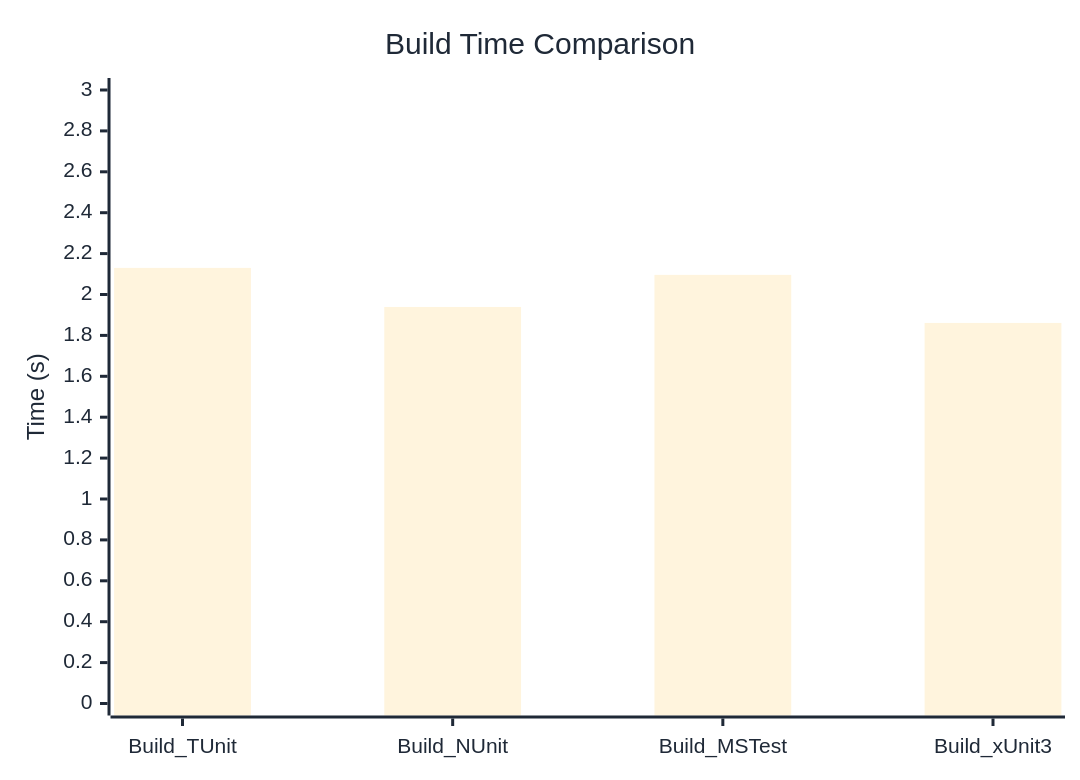
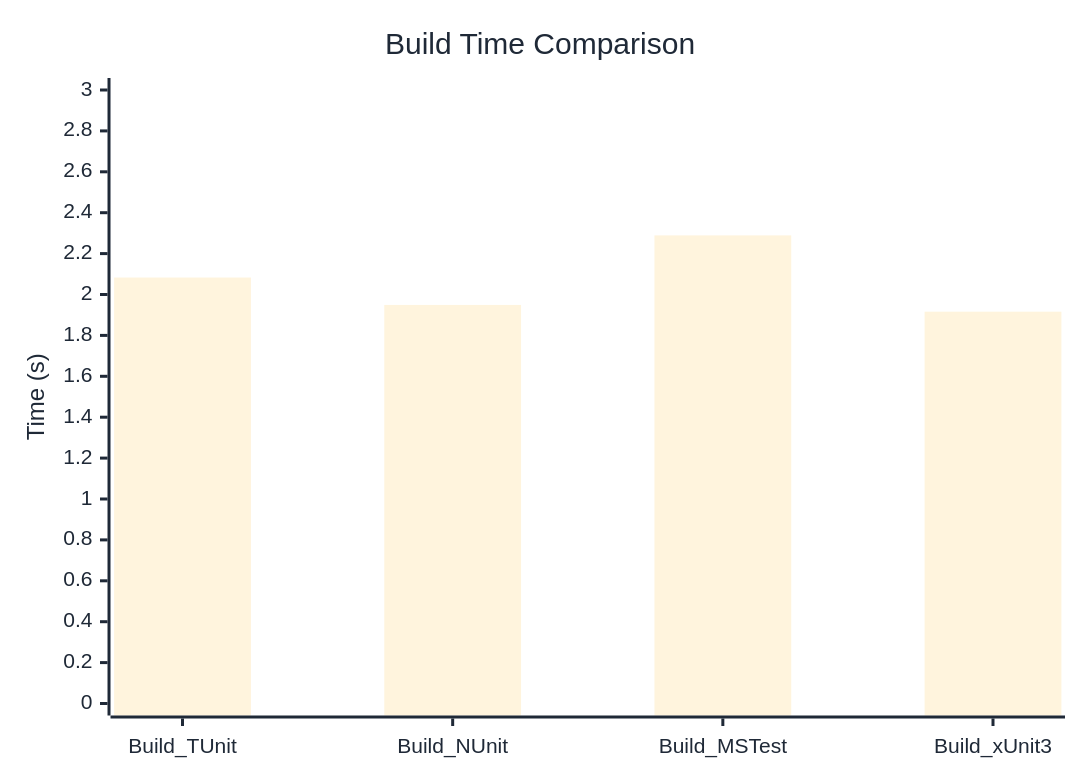
The diagram in docs/docs/benchmarks/engine/BuildTime.md (thomhurst/TUnit), drawn with Mermaid before and after one commit. The commit also changed other lines of this file and 18 other files, not shown here.

````diff
--- a/docs/docs/benchmarks/engine/BuildTime.md
+++ b/docs/docs/benchmarks/engine/BuildTime.md
@@ -30,37 +30,37 @@
 ```mermaid
 %%{init: {
   'theme':'base',
   'themeVariables': {
     'primaryColor': '#2563eb',
     'primaryTextColor': '#1f2937',
     'primaryBorderColor': '#1e40af',
     'lineColor': '#6b7280',
     'secondaryColor': '#7c3aed',
     'tertiaryColor': '#dc2626',
     'background': '#ffffff',
     'mainBkg': '#2563eb',
     'secondBkg': '#7c3aed',
     'tertiaryBkg': '#dc2626',
     'clusterBkg': '#f3f4f6',
     'edgeLabelBackground': '#ffffff',
     'tertiaryTextColor': '#1f2937',
     'pie1': '#2563eb',
     'pie2': '#7c3aed',
     'pie3': '#dc2626',
     'pie4': '#f59e0b',
     'pie5': '#10b981',
     'pie6': '#06b6d4',
     'pie7': '#ec4899',
     'pie8': '#6366f1',
     'pie9': '#84cc16',
     'pie10': '#f97316',
     'pie11': '#14b8a6',
     'pie12': '#a855f7'
   }
 }}%%
 xychart-beta
   title "Build Time Comparison"
   x-axis ["Build_TUnit", "Build_NUnit", "Build_MSTest", "Build_xUnit3"]
   y-axis "Time (s)" 0 --> 3
-  bar [2.13, 1.939, 2.096, 1.861]
+  bar [2.083, 1.949, 2.289, 1.916]
 ```
````
